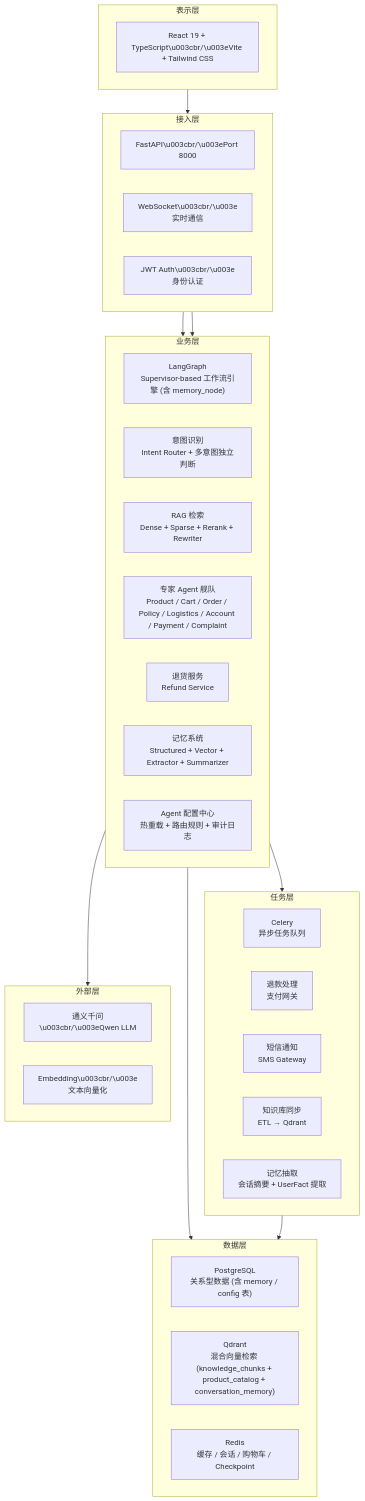
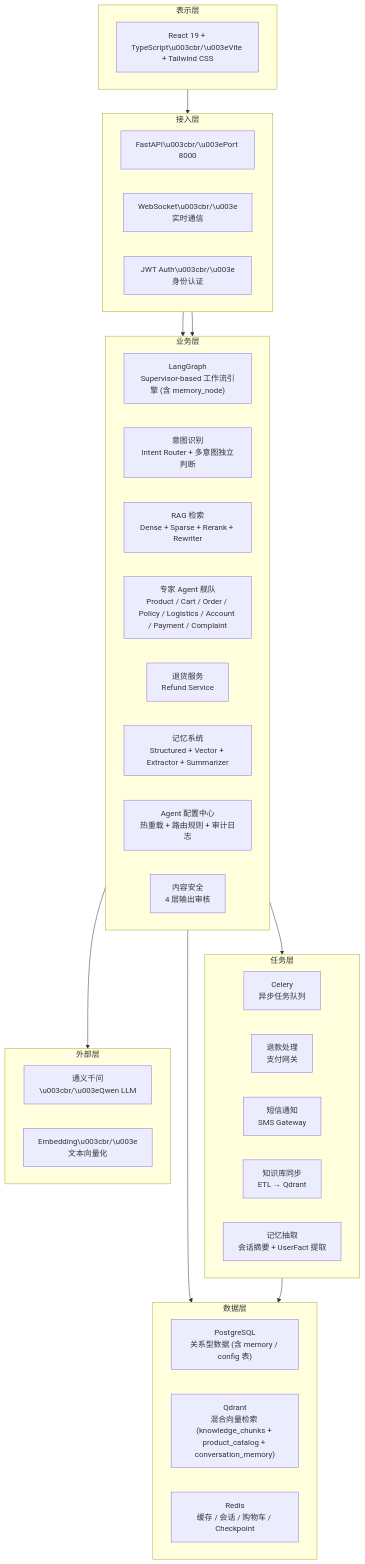
Before and after one commit to Mr-ZeLong/E-commerce-Smart-Agent: the diagram in docs/explanation/architecture/tech-stack.md, drawn with Mermaid. The commit also changed 14 other files, not shown here.

````diff
--- a/docs/explanation/architecture/tech-stack.md
+++ b/docs/explanation/architecture/tech-stack.md
@@ -3,49 +3,50 @@
 ```mermaid
 flowchart TB
     subgraph Layer1["表示层"]
         F1["React 19 + TypeScript\u003cbr/\u003eVite + Tailwind CSS"]
     end
 
     subgraph Layer2["接入层"]
         A1["FastAPI\u003cbr/\u003ePort 8000"]
         A2["WebSocket\u003cbr/\u003e实时通信"]
         A3["JWT Auth\u003cbr/\u003e身份认证"]
     end
 
     subgraph Layer3["业务层"]
         B1["LangGraph\nSupervisor-based 工作流引擎 (含 memory_node)"]
         B2["意图识别\nIntent Router + 多意图独立判断"]
         B3["RAG 检索\nDense + Sparse + Rerank + Rewriter"]
         B4["专家 Agent 舰队\nProduct / Cart / Order / Policy / Logistics / Account / Payment / Complaint"]
         B5["退货服务\nRefund Service"]
         B6["记忆系统\nStructured + Vector + Extractor + Summarizer"]
         B7["Agent 配置中心\n热重载 + 路由规则 + 审计日志"]
+        B8["内容安全\n4 层输出审核"]
     end
 
     subgraph Layer4["任务层"]
         T1["Celery\n异步任务队列"]
         T2["退款处理\n支付网关"]
         T3["短信通知\nSMS Gateway"]
         T4["知识库同步\nETL → Qdrant"]
         T5["记忆抽取\n会话摘要 + UserFact 提取"]
     end
 
     subgraph Layer5["数据层"]
         D1["PostgreSQL\n关系型数据 (含 memory / config 表)"]
         D2["Qdrant\n混合向量检索 (knowledge_chunks + product_catalog + conversation_memory)"]
         D3["Redis\n缓存 / 会话 / 购物车 / Checkpoint"]
     end
 
     subgraph Layer6["外部层"]
         E1["通义千问\u003cbr/\u003eQwen LLM"]
         E2["Embedding\u003cbr/\u003e文本向量化"]
     end
 
     Layer1 --> Layer2
     Layer2 --> Layer3
     Layer3 --> Layer4
     Layer3 --> Layer5
     Layer4 --> Layer5
     Layer3 --> Layer6
     Layer2 --> Layer3
 ```
````
